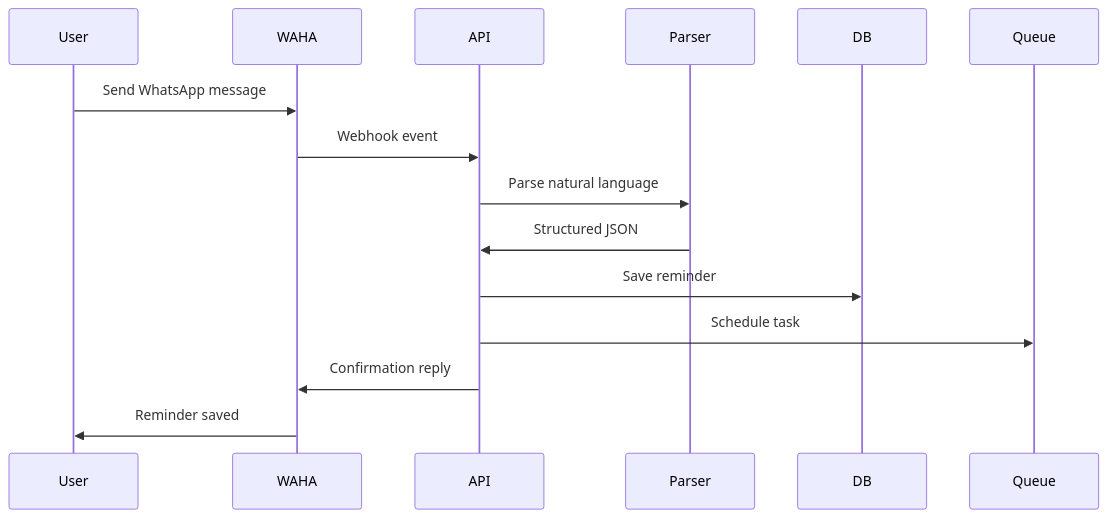
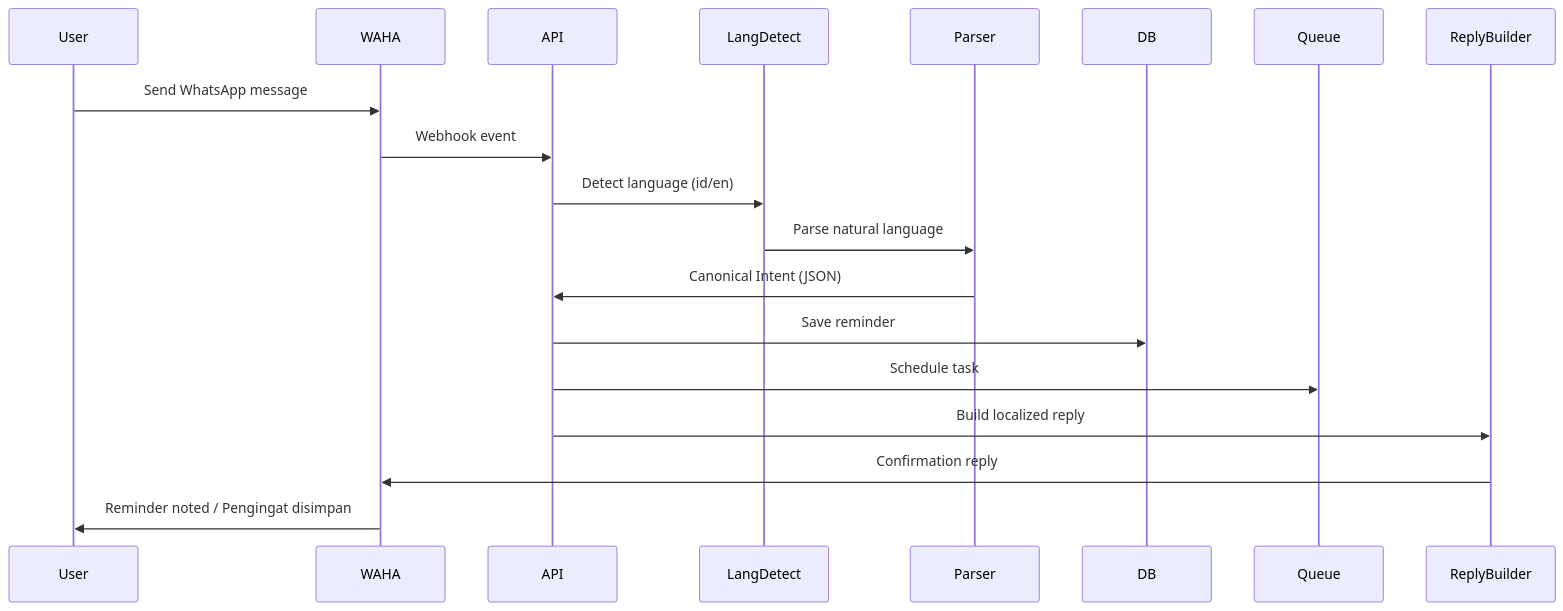
Before and after one commit to nazhifsetya27/Nemoris: the fourth of 7 diagrams in docs/architecture.md, drawn with Mermaid. The commit also changed other lines of this file and 26 other files, not shown here.

````diff
--- a/docs/architecture.md
+++ b/docs/architecture.md
@@ -204,19 +251,23 @@
 ```mermaid
 sequenceDiagram
 
 participant User
 participant WAHA
 participant API
+participant LangDetect
 participant Parser
 participant DB
 participant Queue
+participant ReplyBuilder
 
 User->>WAHA: Send WhatsApp message
 WAHA->>API: Webhook event
-API->>Parser: Parse natural language
-Parser->>API: Structured JSON
+API->>LangDetect: Detect language (id/en)
+LangDetect->>Parser: Parse natural language
+Parser->>API: Canonical Intent (JSON)
 API->>DB: Save reminder
 API->>Queue: Schedule task
-API->>WAHA: Confirmation reply
-WAHA->>User: Reminder saved
+API->>ReplyBuilder: Build localized reply
+ReplyBuilder->>WAHA: Confirmation reply
+WAHA->>User: Reminder noted / Pengingat disimpan
 ```
````
